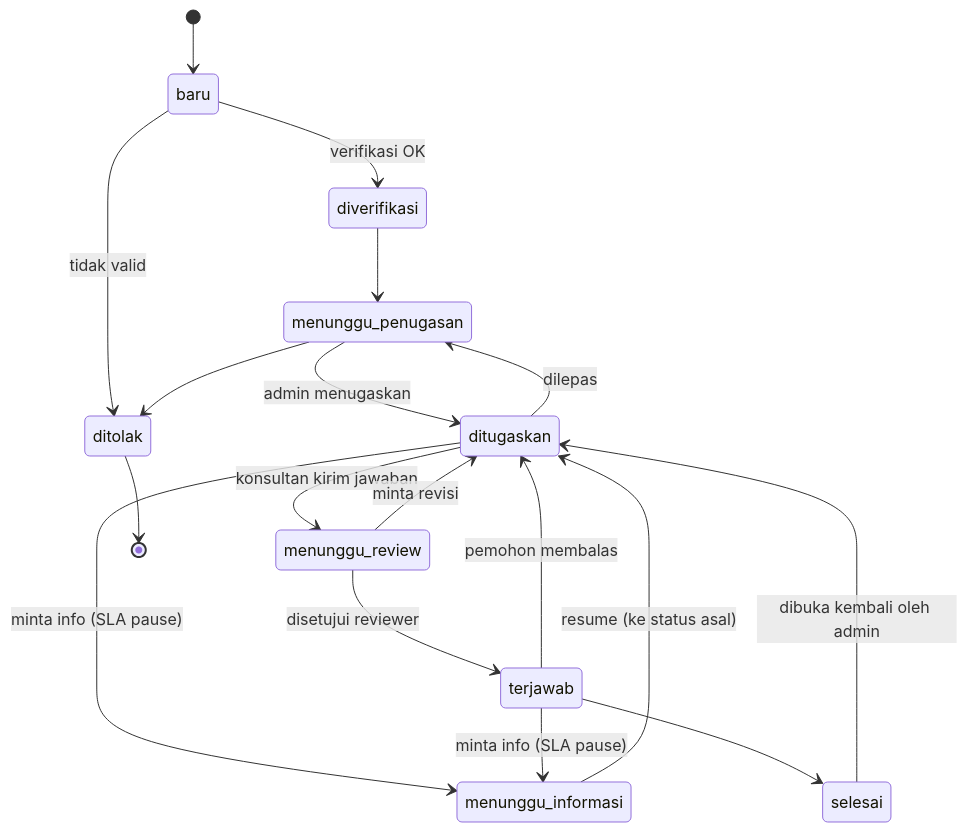
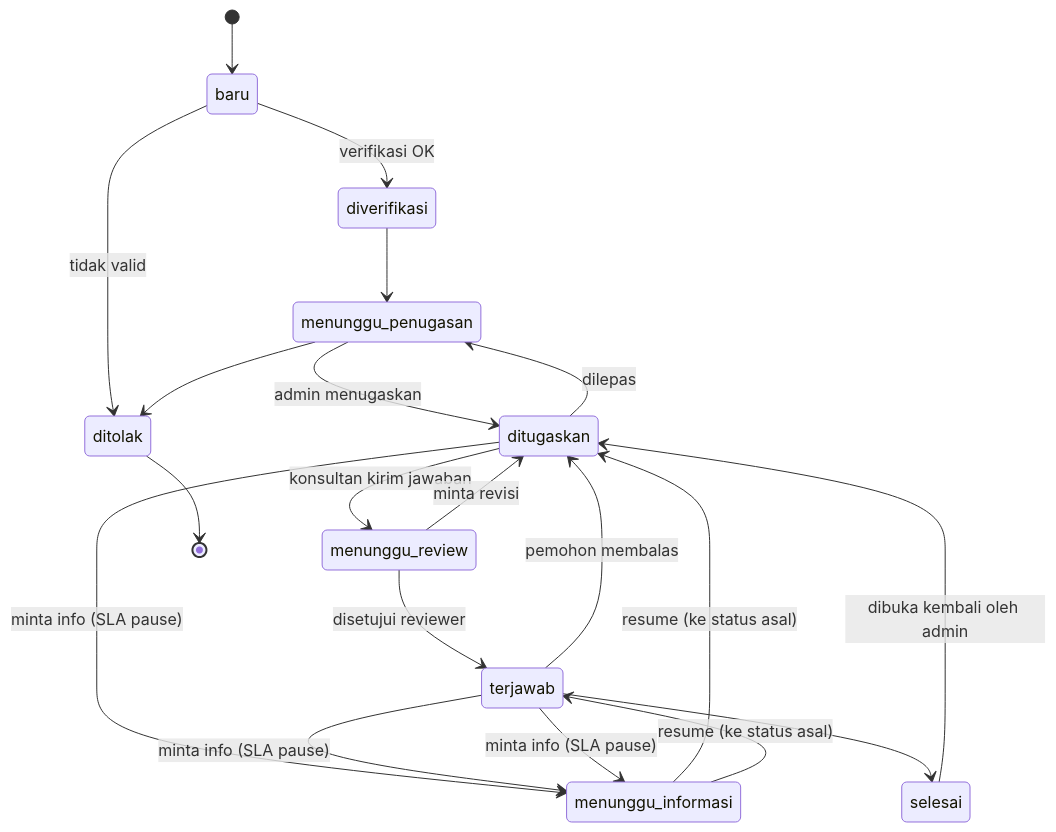
The second of 2 diagrams in supabase/consultation/CONSULTATION_ERD.md (mwcnupdaren-ux/mwcnu-pondok-aren-resmi), drawn with Mermaid before and after one commit. The commit also changed other lines of this file and 9 other files, not shown here.

````diff
--- a/supabase/consultation/CONSULTATION_ERD.md
+++ b/supabase/consultation/CONSULTATION_ERD.md
@@ -63,20 +63,22 @@
 ```mermaid
 stateDiagram-v2
     [*] --> baru
     baru --> diverifikasi : verifikasi OK
     baru --> ditolak : tidak valid
     diverifikasi --> menunggu_penugasan
     menunggu_penugasan --> ditugaskan : admin menugaskan
     menunggu_penugasan --> ditolak
     ditugaskan --> menunggu_review : konsultan kirim jawaban
     ditugaskan --> menunggu_informasi : minta info (SLA pause)
+    terjawab --> menunggu_informasi : minta info (SLA pause)
     ditugaskan --> menunggu_penugasan : dilepas
     menunggu_informasi --> ditugaskan : resume (ke status asal)
+    menunggu_informasi --> terjawab : resume (ke status asal)
     menunggu_review --> terjawab : disetujui reviewer
     menunggu_review --> ditugaskan : minta revisi
     terjawab --> ditugaskan : pemohon membalas
     terjawab --> menunggu_informasi : minta info (SLA pause)
     terjawab --> selesai
     selesai --> ditugaskan : dibuka kembali oleh admin
     ditolak --> [*]
 ```
````
